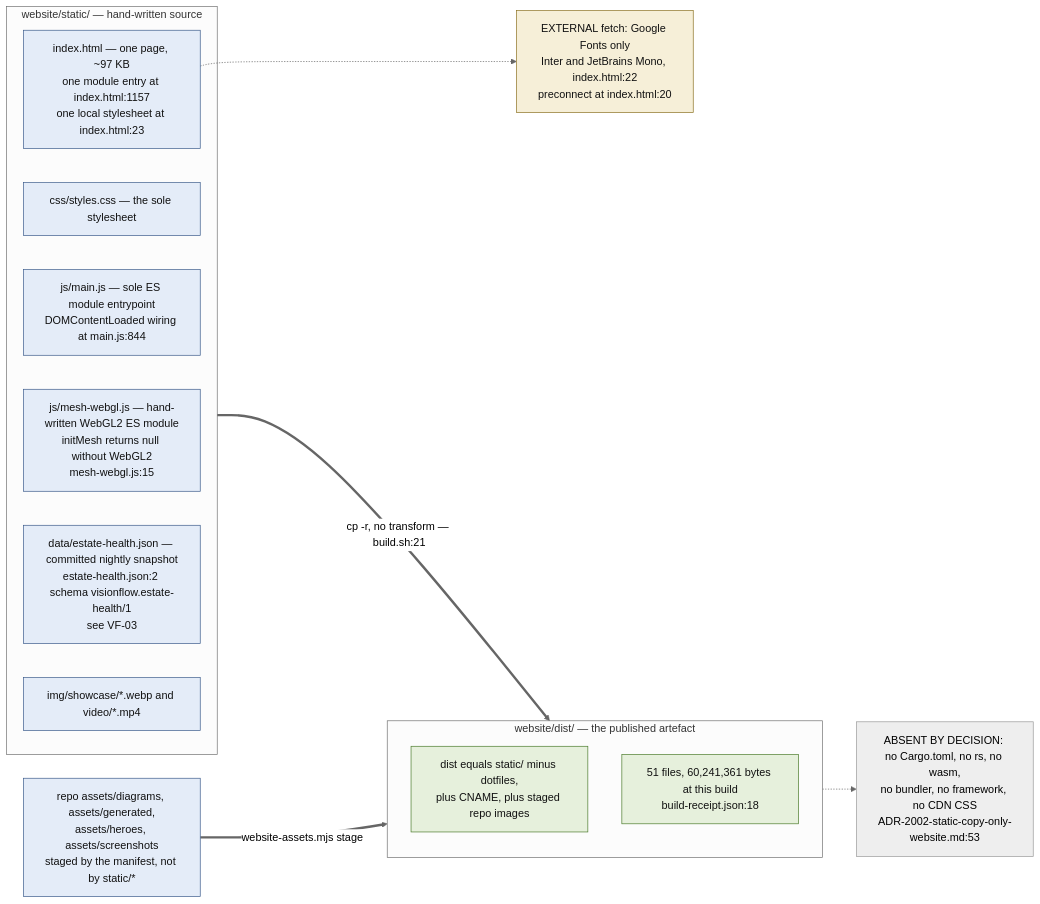
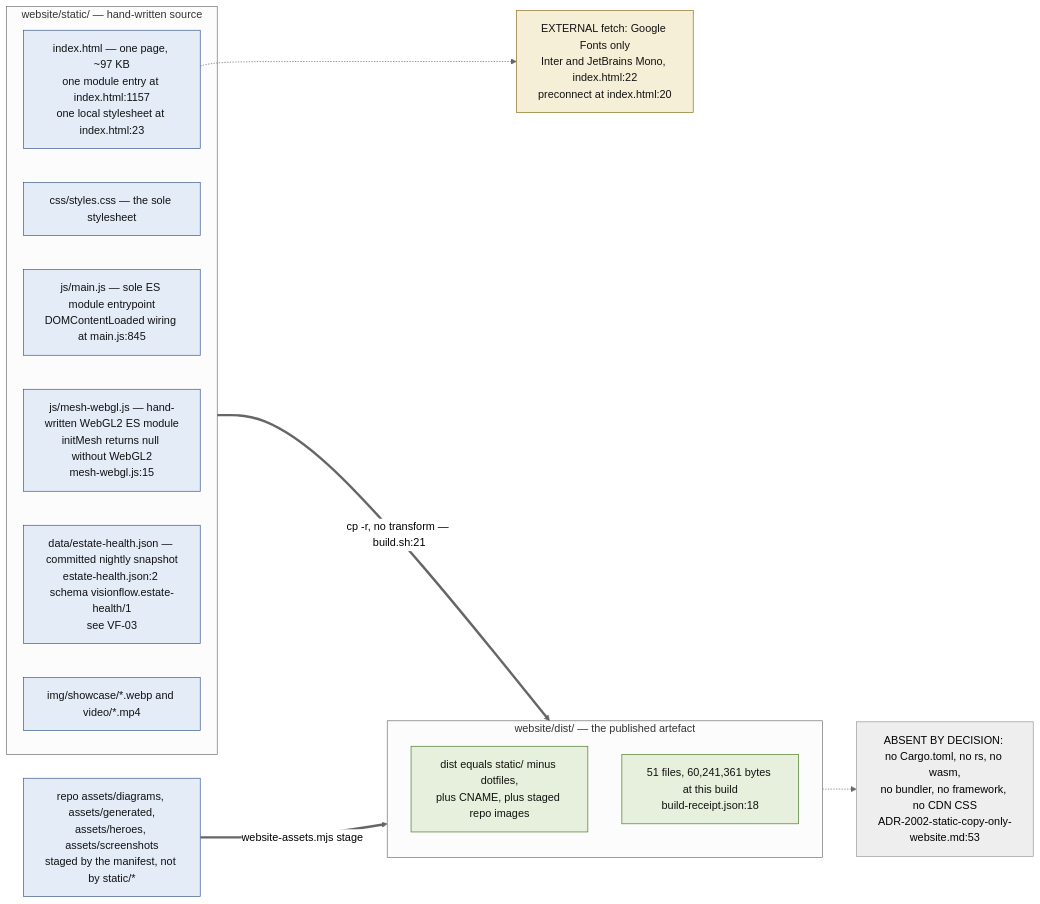
The second of 12 diagrams in docs/diagrams/visionflow/02-website-build-and-deploy.md (DreamLab-AI/VisionFlow), drawn with Mermaid (neutral theme) before and after one commit. The commit also changed other lines of this file and 51 other files, not shown here.

First line of the commit message:
docs(diagrams): agentbox AB-01..13 re-attested anchor by anchor (980 anchors, 22 defects); checkpoint against an out-of-mesh writer

````diff
--- a/docs/diagrams/visionflow/02-website-build-and-deploy.md
+++ b/docs/diagrams/visionflow/02-website-build-and-deploy.md
@@ -67,30 +67,30 @@
 ```mermaid
 flowchart LR
     classDef src fill:#e4ecf8,stroke:#3a5a8a,color:#111
     classDef out fill:#e6f0dc,stroke:#4a7a2a,color:#111
     classDef ext fill:#f6efd8,stroke:#8a7020,color:#111
 
     subgraph STATIC["website/static/ — hand-written source"]
         IDX["index.html — one page, ~97 KB<br/>one module entry at index.html:1157<br/>one local stylesheet at index.html:23"]:::src
         CSS["css/styles.css — the sole stylesheet"]:::src
-        MAIN["js/main.js — sole ES module entrypoint<br/>DOMContentLoaded wiring at main.js:844"]:::src
+        MAIN["js/main.js — sole ES module entrypoint<br/>DOMContentLoaded wiring at main.js:845"]:::src
         MESH["js/mesh-webgl.js — hand-written WebGL2 ES module<br/>initMesh returns null without WebGL2<br/>mesh-webgl.js:15"]:::src
         DATA["data/estate-health.json — committed nightly snapshot<br/>estate-health.json:2 schema visionflow.estate-health/1<br/>see VF-03"]:::src
         MEDIA["img/showcase/*.webp and video/*.mp4"]:::src
     end
 
     subgraph DIST["website/dist/ — the published artefact"]
         D1["dist equals static/ minus dotfiles,<br/>plus CNAME, plus staged repo images"]:::out
         D2["51 files, 60,241,361 bytes at this build<br/>build-receipt.json:18"]:::out
     end
 
     STATIC ==>|"cp -r, no transform — build.sh:21"| DIST
     ASSETS["repo assets/diagrams, assets/generated,<br/>assets/heroes, assets/screenshots<br/>staged by the manifest, not by static/*"]:::src
     ASSETS ==>|"website-assets.mjs stage"| DIST
 
     FONTS["EXTERNAL fetch: Google Fonts only<br/>Inter and JetBrains Mono, index.html:22<br/>preconnect at index.html:20"]:::ext
     IDX -.-> FONTS
 
     NEG["ABSENT BY DECISION: no Cargo.toml, no rs, no wasm,<br/>no bundler, no framework, no CDN CSS<br/>ADR-2002-static-copy-only-website.md:53"]
     DIST -.-> NEG
 ```
````
